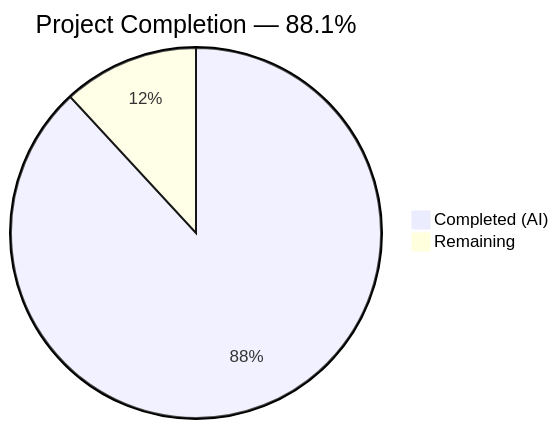
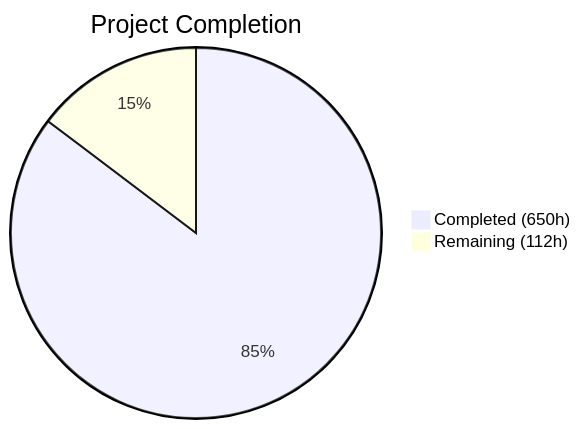
The first of 3 diagrams in blitzy/documentation/Project Guide.md (Blitzy-Sandbox/blitzy-bluez), drawn with Mermaid before and after one commit. The commit also changed other lines of this file, not shown here.

Commit message:
Adding Blitzy Project Guide: Project Status and Human Tasks Remaining

````diff
--- a/blitzy/documentation/Project Guide.md
+++ b/blitzy/documentation/Project Guide.md
@@ -13,5 +13,5 @@
 ```mermaid
-pie title Project Completion — 88.1%
-    "Completed (AI)" : 1560
-    "Remaining" : 210
+pie title Project Completion
+    "Completed (650h)" : 650
+    "Remaining (112h)" : 112
 ```
````
